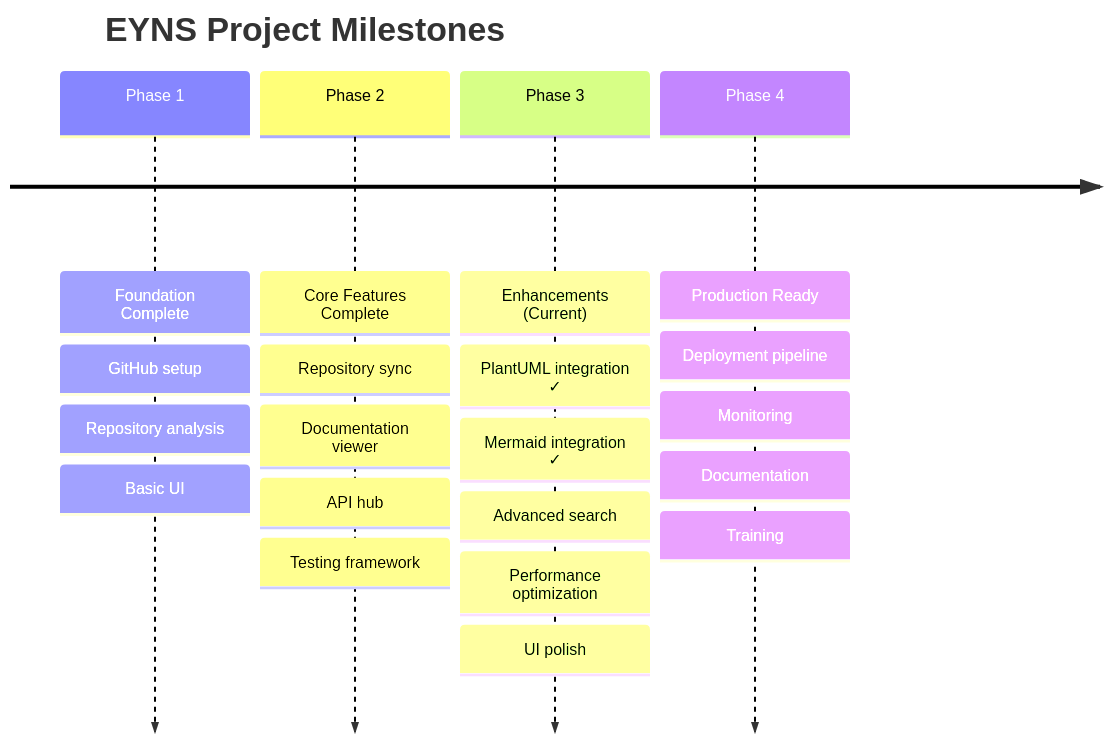
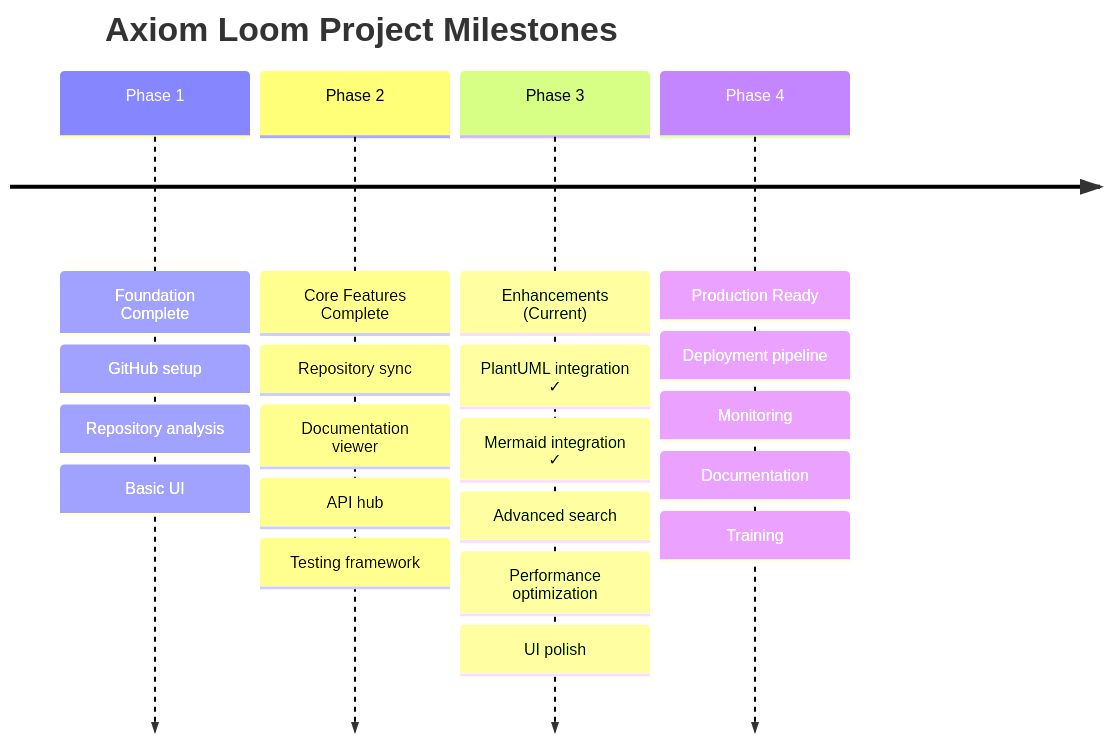
Before and after one commit to jamesenki/Axiom-Loom-Catalog: the tenth of 10 diagrams in docs/MERMAID_EXAMPLES.md, drawn with Mermaid. The commit also changed other lines of this file and 88 other files, not shown here.

````diff
--- a/docs/MERMAID_EXAMPLES.md
+++ b/docs/MERMAID_EXAMPLES.md
@@ -218,28 +218,28 @@
 ```mermaid
 timeline
-    title EYNS Project Milestones
+    title Axiom Loom Project Milestones
     
     Phase 1 : Foundation Complete
            : GitHub setup
            : Repository analysis
            : Basic UI
     
     Phase 2 : Core Features Complete
            : Repository sync
            : Documentation viewer
            : API hub
            : Testing framework
     
     Phase 3 : Enhancements (Current)
            : PlantUML integration ✓
            : Mermaid integration ✓
            : Advanced search
            : Performance optimization
            : UI polish
     
     Phase 4 : Production Ready
            : Deployment pipeline
            : Monitoring
            : Documentation
            : Training
 ```
````
